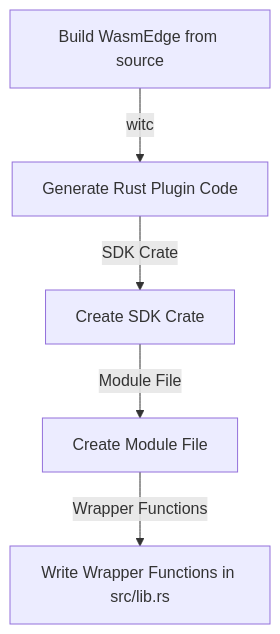
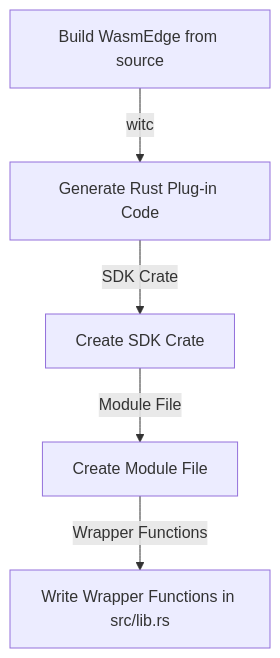
One commit to WasmEdge/docs changed the diagram in docs/contribute/plugin/develop_plugin_rustsdk.md. Above: the diagram before and after it, drawn with Mermaid. The commit also changed other lines of this file and 9 other files, not shown here.

````diff
--- a/docs/contribute/plugin/develop_plugin_rustsdk.md
+++ b/docs/contribute/plugin/develop_plugin_rustsdk.md
@@ -9,7 +9,7 @@
 ```mermaid
 graph TD
-A[Build WasmEdge from source] -- witc --> B[Generate Rust Plugin Code]
+A[Build WasmEdge from source] -- witc --> B[Generate Rust Plug-in Code]
 B -- SDK Crate --> C[Create SDK Crate]
 C -- Module File --> D[Create Module File]
 D -- Wrapper Functions --> E[Write Wrapper Functions in src/lib.rs]
 ```
````
